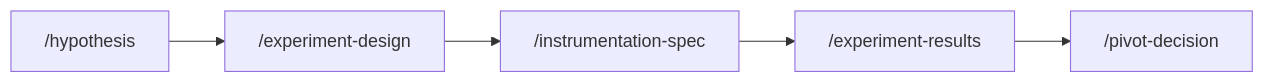
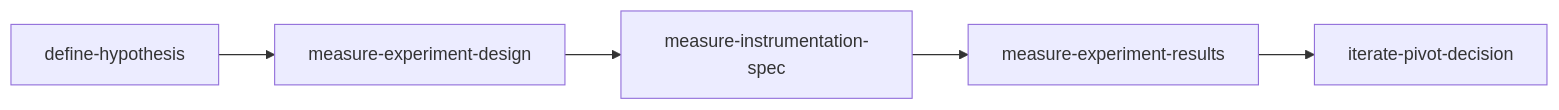
The second of 6 diagrams in docs/guides/recipes.md (product-on-purpose/pm-skills), drawn with Mermaid before and after one commit. The commit also changed other lines of this file and 187 other files, not shown here.

````diff
--- a/docs/guides/recipes.md
+++ b/docs/guides/recipes.md
@@ -37,7 +37,7 @@
 ```mermaid
 flowchart LR
-    A["/hypothesis"] --> B["/experiment-design"]
-    B --> C["/instrumentation-spec"]
-    C --> D["/experiment-results"]
-    D --> E["/pivot-decision"]
+    A["define-hypothesis"] --> B["measure-experiment-design"]
+    B --> C["measure-instrumentation-spec"]
+    C --> D["measure-experiment-results"]
+    D --> E["iterate-pivot-decision"]
 ```
````
